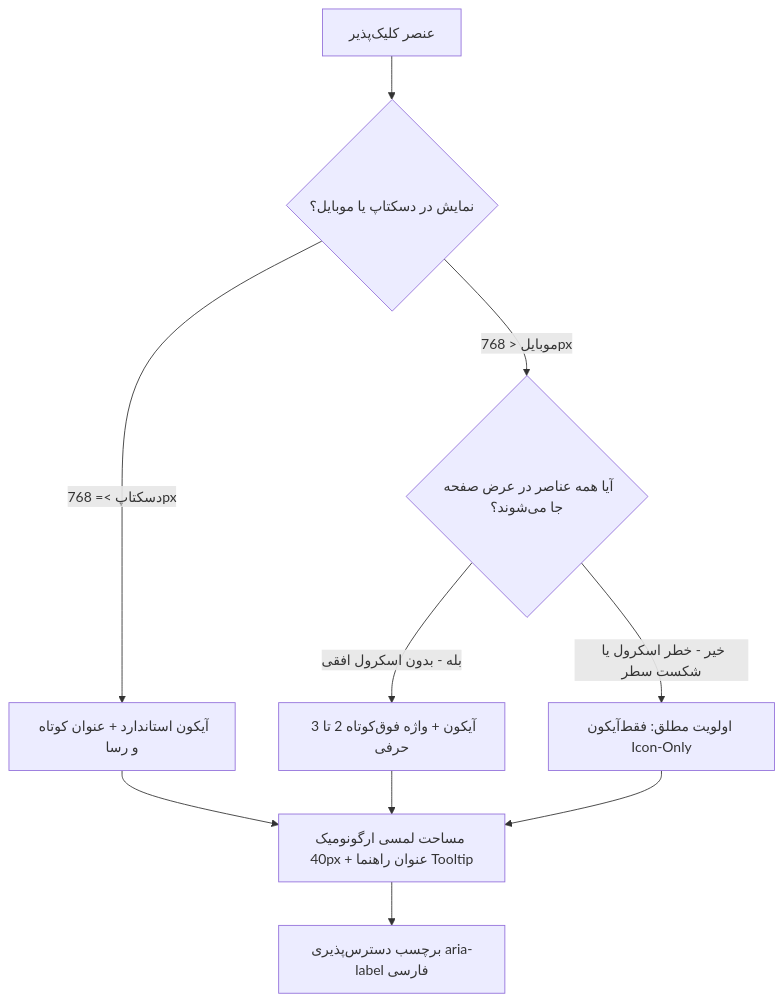
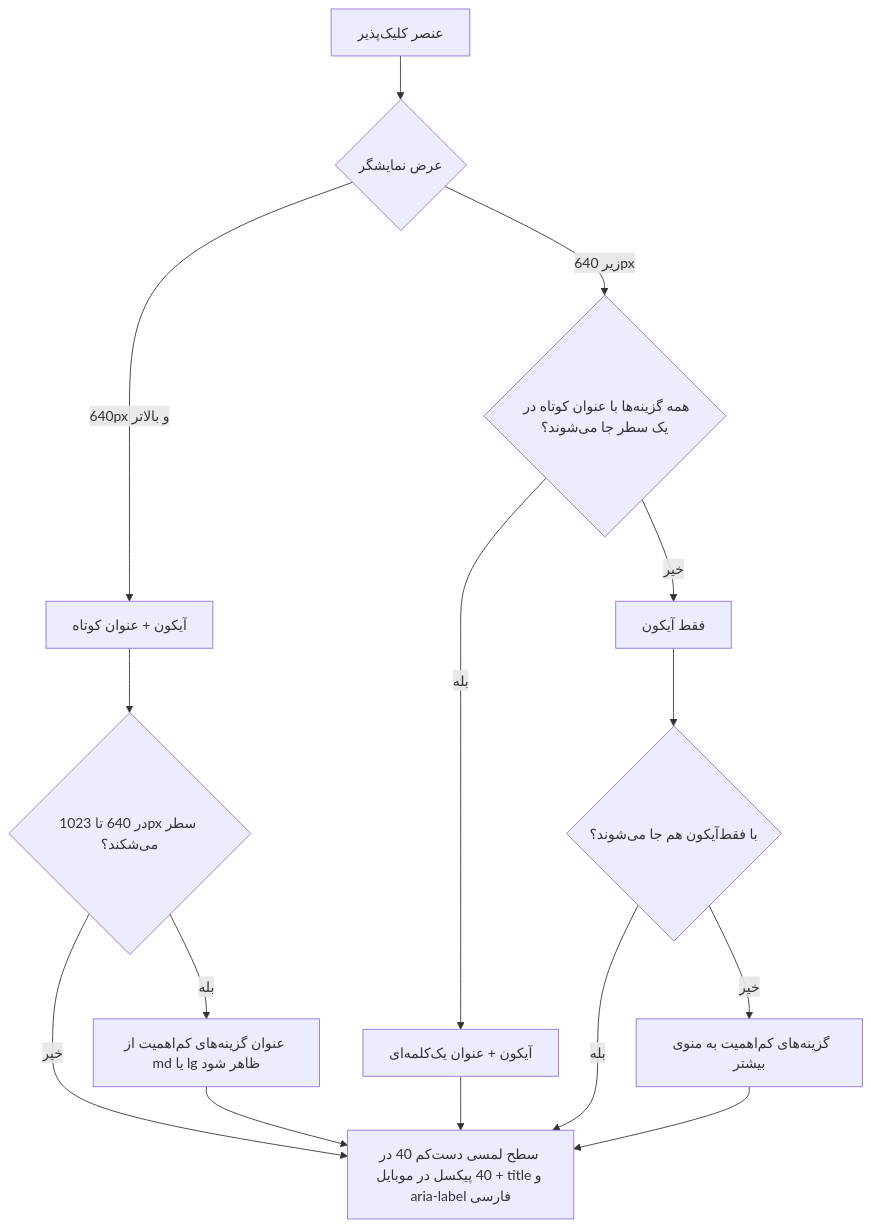
Before and after one commit to enayat-taghavi/warehouse: the first of 2 diagrams in Documents/Responsive_Clickable_Ergonomics/implementation_plan_responsive_clickable_ergonomics.md, drawn with Mermaid. The commit also changed other lines of this file and 15 other files, not shown here.

````diff
--- a/Documents/Responsive_Clickable_Ergonomics/implementation_plan_responsive_clickable_ergonomics.md
+++ b/Documents/Responsive_Clickable_Ergonomics/implementation_plan_responsive_clickable_ergonomics.md
@@ -13,12 +20,18 @@
 ```mermaid
 graph TD
-    A[عنصر کلیک‌پذیر] --> B{نمایش در دسکتاپ یا موبایل؟}
-    B -->|دسکتاپ >= 768px| C[آیکون استاندارد + عنوان کوتاه و رسا]
-    B -->|موبایل < 768px| D{آیا همه عناصر در عرض صفحه جا می‌شوند؟}
-    D -->|بله - بدون اسکرول افقی| E[آیکون + واژه فوق‌کوتاه 2 تا 3 حرفی]
-    D -->|خیر - خطر اسکرول یا شکست سطر| F[اولویت مطلق: فقط‌آیکون Icon-Only]
-    C --> G[مساحت لمسی ارگونومیک 40px + عنوان راهنما Tooltip]
+    A[عنصر کلیک‌پذیر] --> B{عرض نمایشگر}
+    B -->|640px و بالاتر| C[آیکون + عنوان کوتاه]
+    C --> C2{در 640 تا 1023px سطر می‌شکند؟}
+    C2 -->|خیر| G
+    C2 -->|بله| C3[عنوان گزینه‌های کم‌اهمیت از md یا lg ظاهر شود]
+    C3 --> G
+    B -->|زیر 640px| D{همه گزینه‌ها با عنوان کوتاه در یک سطر جا می‌شوند؟}
+    D -->|بله| E[آیکون + عنوان یک‌کلمه‌ای]
+    D -->|خیر| F[فقط آیکون]
+    F --> F2{با فقط‌آیکون هم جا می‌شوند؟}
+    F2 -->|بله| G
+    F2 -->|خیر| F3[گزینه‌های کم‌اهمیت به منوی بیشتر]
     E --> G
-    F --> G
-    G --> H[برچسب دسترس‌پذیری aria-label فارسی]
+    F3 --> G
+    G[سطح لمسی دست‌کم 40 در 40 پیکسل در موبایل + title و aria-label فارسی]
 ```
````
